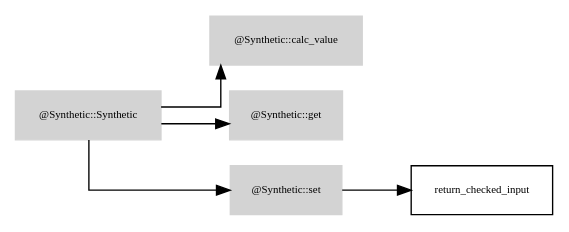
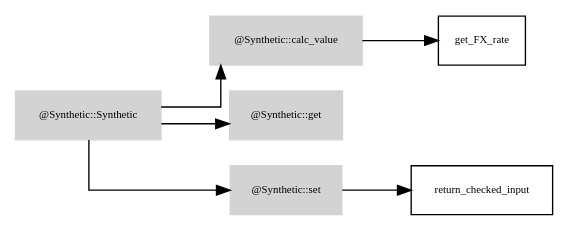
One commit to octarisk/documentation changed the diagram in graphviz_files/Synthetic.dot. Above: the diagram before and after it, drawn with Graphviz. The commit also changed 127 other files, not shown here.

```diff
--- a/graphviz_files/Synthetic.dot
+++ b/graphviz_files/Synthetic.dot
@@ -1,24 +1,25 @@
 digraph G {
 	fontname = "Bitstream Vera Sans"
 	fontsize = 8
 	node [
 		fontname = "Bitstream Vera Sans"
 		fontsize = 8
 		shape = "record"
 	]
 	edge [
 		fontname = "Bitstream Vera Sans"
 		fontsize = 8
 	]
 	graph [splines=ortho];
 	rankdir=LR;
 	subgraph class_Synthetic {
 		style=filled;
 		node [style=filled,color=lightgrey];
 		"@Synthetic::Synthetic" -> "@Synthetic::calc_value"
 		"@Synthetic::Synthetic" -> "@Synthetic::get"
 		"@Synthetic::Synthetic" -> "@Synthetic::set"
 		label = "@Synthetic";
 	}
+"@Synthetic::calc_value" 	 -> 	 "get_FX_rate"
 "@Synthetic::set" 	 -> 	 "return_checked_input"
 }
```
